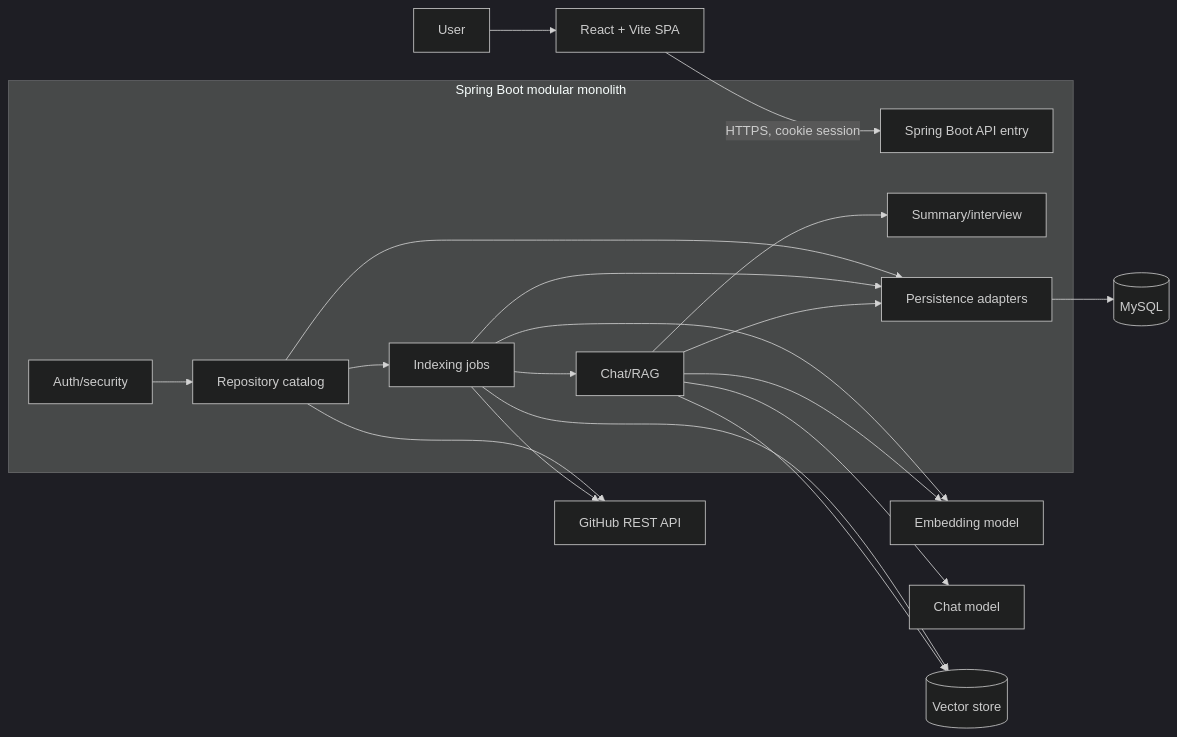
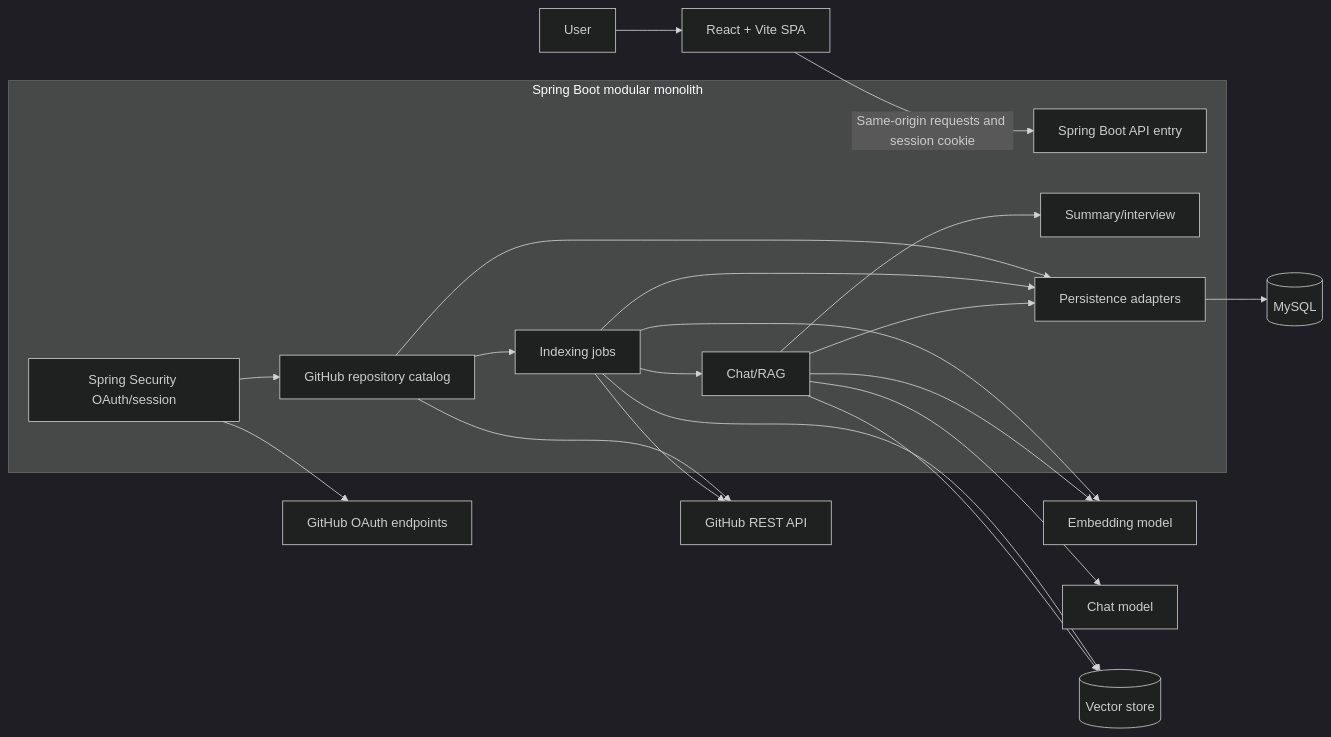
Before and after one commit to AshishKrPandey1234/RepoMind: the first of 3 diagrams in docs/ARCHITECTURE.md, drawn with Mermaid (dark theme). The commit also changed other lines of this file and 24 other files, not shown here.

Commit message:
feat: add GitHub OAuth and repository browsing

````diff
--- a/docs/ARCHITECTURE.md
+++ b/docs/ARCHITECTURE.md
@@ -11,29 +13,30 @@
 ```mermaid
 flowchart LR
   User --> SPA[React + Vite SPA]
-  SPA -->|HTTPS, cookie session| Web
+  SPA -->|Same-origin requests and session cookie| Web
   subgraph Monolith[Spring Boot modular monolith]
     Web[Spring Boot API entry]
-    Auth[Auth/security]
-    Catalog[Repository catalog]
+    Auth[Spring Security OAuth/session]
+    Catalog[GitHub repository catalog]
     Jobs[Indexing jobs]
     RAG[Chat/RAG]
     Summary[Summary/interview]
     Store[Persistence adapters]
     Auth --> Catalog
-    Catalog --> Jobs
+  Catalog --> Jobs
     Jobs --> RAG
     RAG --> Summary
     Catalog --> Store
     Jobs --> Store
     RAG --> Store
   end
+  Auth --> GHLogin[GitHub OAuth endpoints]
   Catalog --> GH[GitHub REST API]
   Jobs --> GH
   Jobs --> Embed[Embedding model]
   RAG --> Embed
   RAG --> ChatModel[Chat model]
   Jobs --> Vector[(Vector store)]
   RAG --> Vector
   Store --> SQL[(MySQL)]
 ```
````
